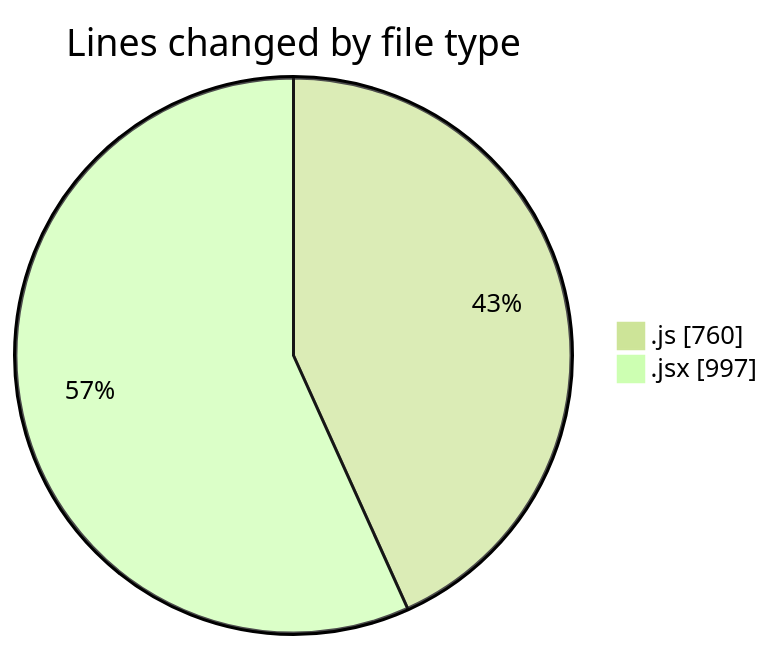
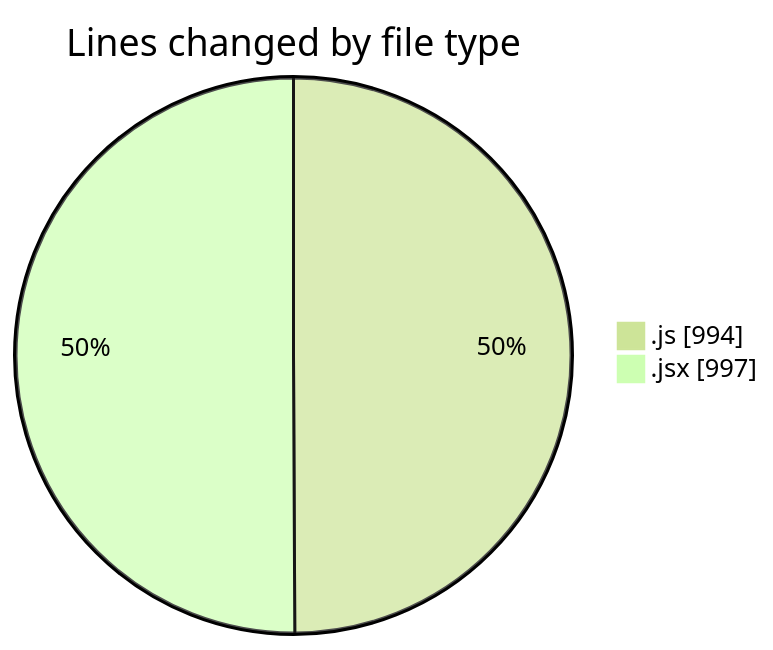
One commit to nxtqubesakshisongat/code-tracking changed the first of 2 diagrams in 2025-04-08/nxtqube_webapp/README.md. Above: the diagram before and after it, drawn with Mermaid (forest theme). The commit also changed other lines of this file and 1 other file, not shown here.

````diff
--- a/2025-04-08/nxtqube_webapp/README.md
+++ b/2025-04-08/nxtqube_webapp/README.md
@@ -23,6 +23,6 @@
 ```mermaid
 pie showData
 title Lines changed by file type
-".js" : 760
+".js" : 994
 ".jsx" : 997
 ```
````
